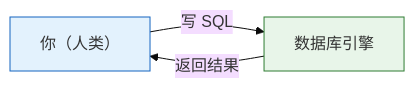
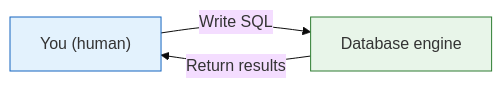
Before and after one commit to oudbiao/AI-fullstack-course: the second of 4 diagrams in docs/ch03-data-analysis/ch05-database/02-sql-basics.md, drawn with Mermaid (base theme). The commit also changed other lines of this file and 1406 other files, not shown here.

````diff
--- a/docs/ch03-data-analysis/ch05-database/02-sql-basics.md
+++ b/docs/ch03-data-analysis/ch05-database/02-sql-basics.md
@@ -53,8 +53,8 @@
 ```mermaid
 flowchart LR
-    A["你（人类）"] -->|"写 SQL"| B["数据库引擎"]
-    B -->|"返回结果"| A
+    A["You (human)"] -->|"Write SQL"| B["Database engine"]
+    B -->|"Return results"| A
 
     style A fill:#e3f2fd,stroke:#1565c0,color:#333
     style B fill:#e8f5e9,stroke:#2e7d32,color:#333
 ```
````
